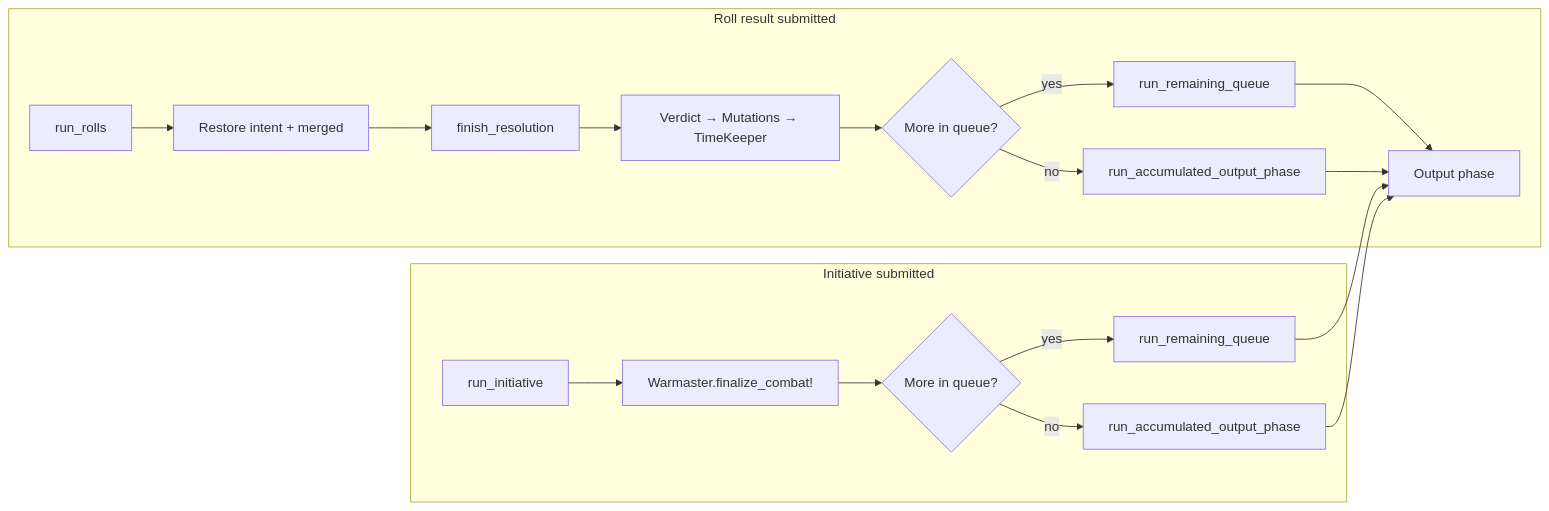
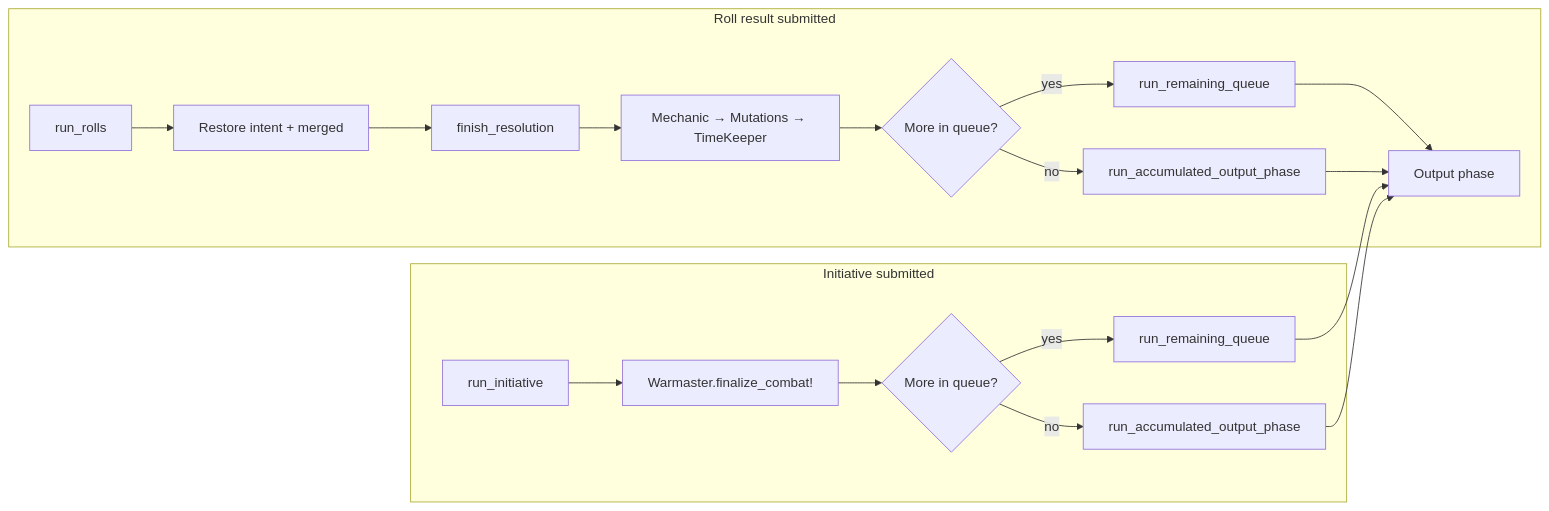
One commit to Low-Light-Games/ruby-leather-armor changed the second of 2 diagrams in docs/pipeline_diagram.md. Above: the diagram before and after it, drawn with Mermaid. The commit also changed other lines of this file and 30 other files, not shown here.

First line of the commit message:
Seven pipeline architecture fixes: pacing, loop data, tone toggle, Momentum step, Verdict→Mechanic rename

````diff
--- a/docs/pipeline_diagram.md
+++ b/docs/pipeline_diagram.md
@@ -120,22 +124,22 @@
 ```mermaid
 flowchart LR
     subgraph roll_resume["Roll result submitted"]
         RR[run_rolls] --> RR1[Restore intent + merged]
         RR1 --> RR2[finish_resolution]
-        RR2 --> RR3[Verdict → Mutations → TimeKeeper]
+        RR2 --> RR3[Mechanic → Mutations → TimeKeeper]
         RR3 --> RR4{More in queue?}
         RR4 -->|yes| RR5[run_remaining_queue]
         RR4 -->|no| RR6[run_accumulated_output_phase]
         RR5 --> PHASE[Output phase]
         RR6 --> PHASE
     end
 
     subgraph init_resume["Initiative submitted"]
         II[run_initiative] --> II1[Warmaster.finalize_combat!]
         II1 --> II2{More in queue?}
         II2 -->|yes| II3[run_remaining_queue]
         II2 -->|no| II4[run_accumulated_output_phase]
         II3 --> PHASE
         II4 --> PHASE
     end
 ```
````
